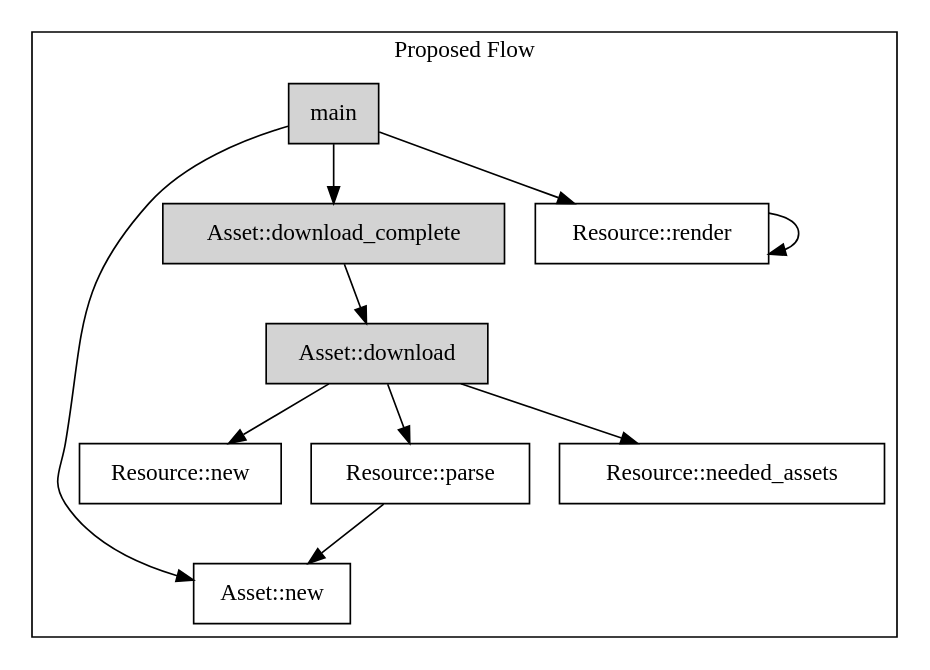
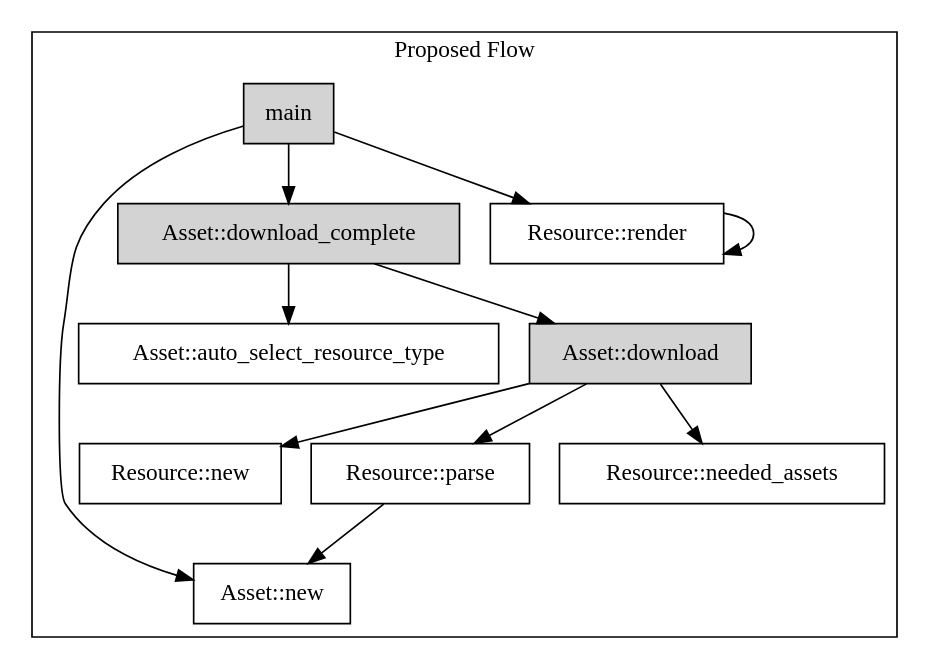
One commit to Alch-Emi/monolith changed the diagram in graphs/proposed.gv. Above: the diagram before and after it, drawn with Graphviz. The commit also changed 1 other file, not shown here.

```diff
--- a/graphs/proposed.gv
+++ b/graphs/proposed.gv
@@ -1,21 +1,23 @@
 digraph Current {
     node[shape="box"];
 
     subgraph cluster0 {
         label = "Proposed Flow"
 
         main [style=filled]
         "Asset::new"
         "Asset::download_complete" [style=filled]
+        "Asset::auto_select_resource_type"
         "Asset::download" [style=filled]
         main -> "Asset::new";
         main -> "Asset::download_complete";
+        "Asset::download_complete" -> "Asset::auto_select_resource_type";
         "Asset::download_complete" -> "Asset::download";
         "Asset::download" -> "Resource::new";
         "Asset::download" -> "Resource::parse";
         "Asset::download" -> "Resource::needed_assets";
         main -> "Resource::render"
         "Resource::render" -> "Resource::render"
         "Resource::parse" -> "Asset::new";
     }
 }
```
